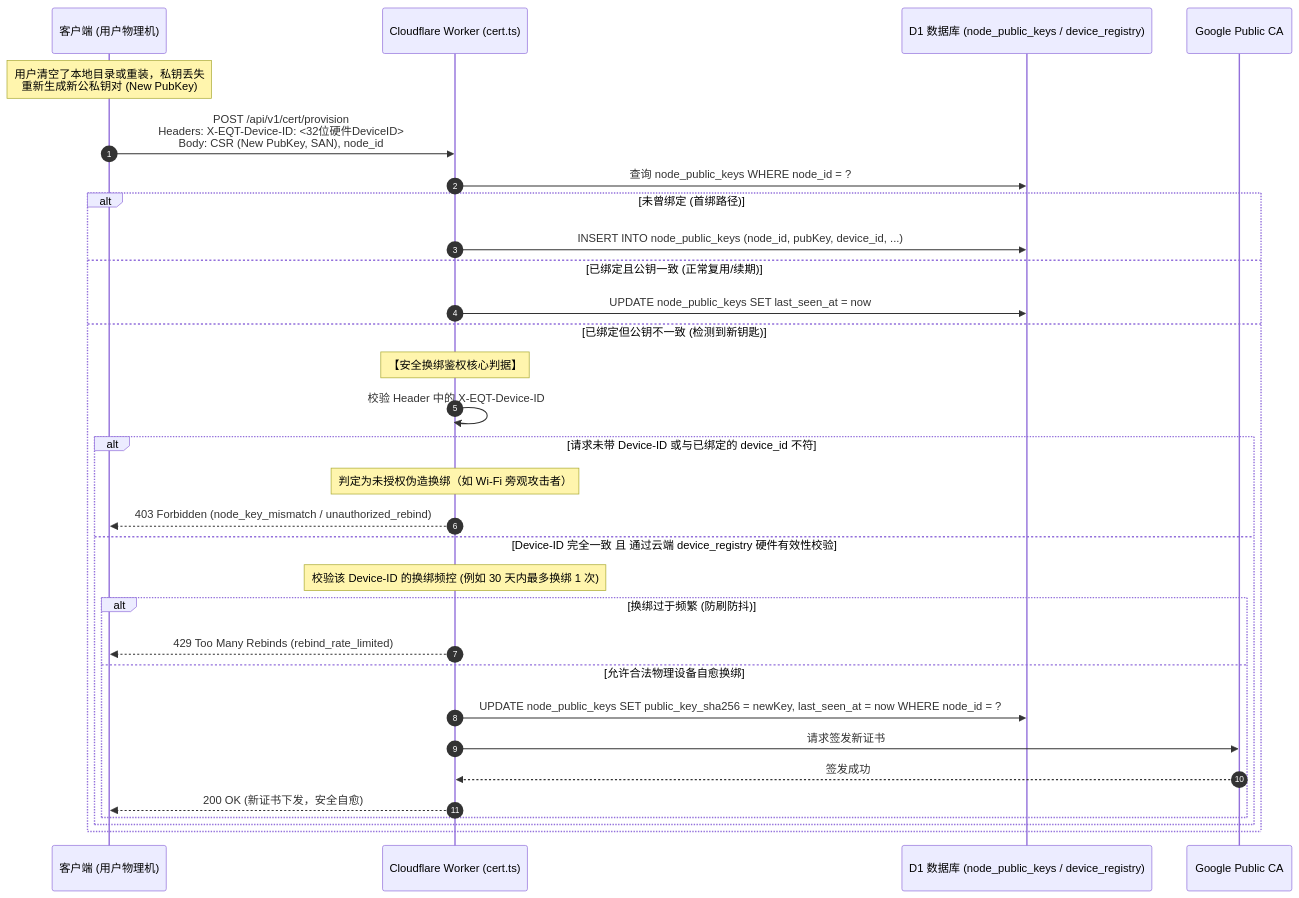
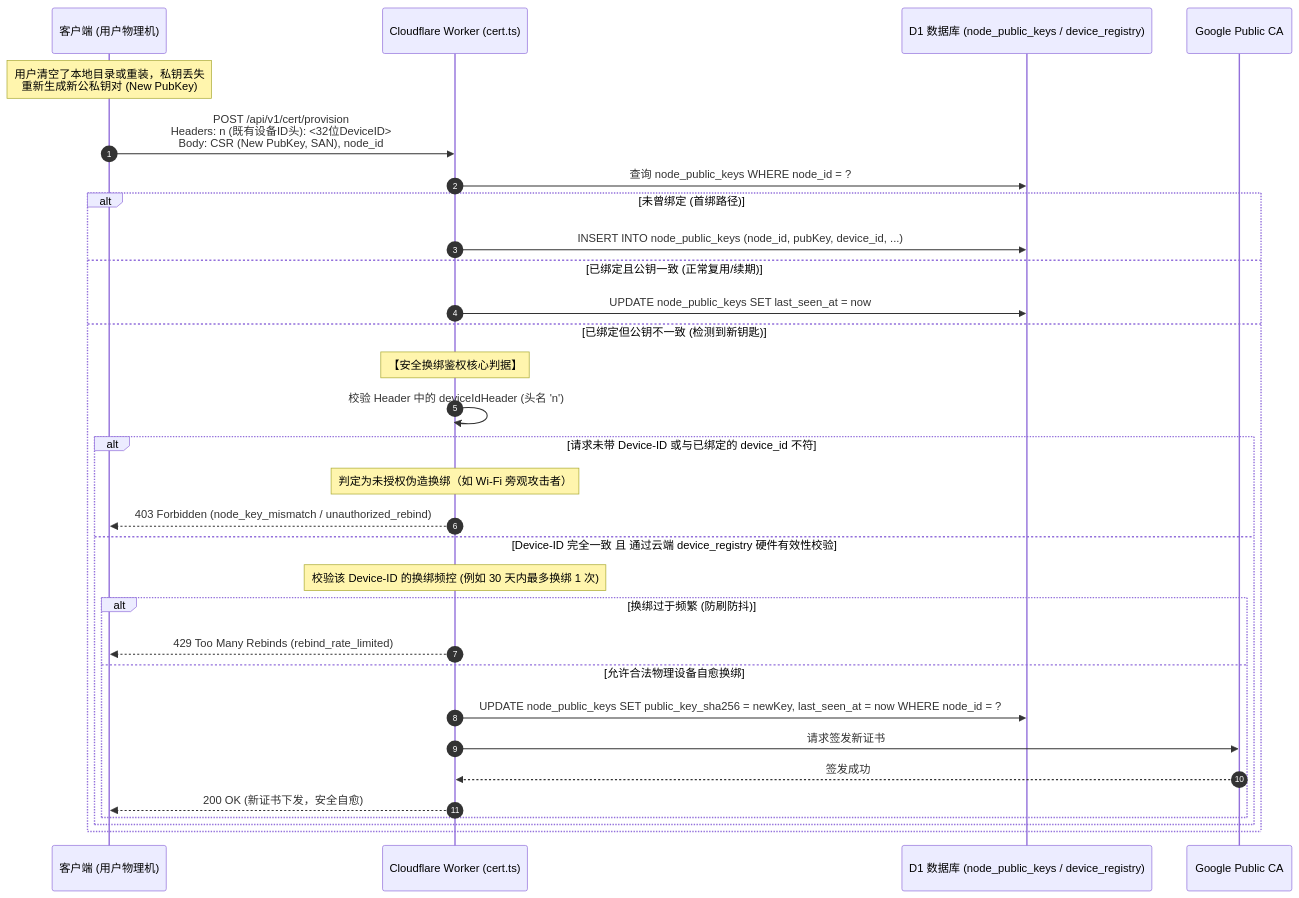
Before and after one commit to forpersuit/eqrcp: the second of 3 diagrams in docs/bugs/2026-09-12-lan-tls-key-mismatch-and-device-identity-architecture-analysis.md, drawn with Mermaid. The commit also changed other lines of this file and 1 other file, not shown here.

````diff
--- a/docs/bugs/2026-09-12-lan-tls-key-mismatch-and-device-identity-architecture-analysis.md
+++ b/docs/bugs/2026-09-12-lan-tls-key-mismatch-and-device-identity-architecture-analysis.md
@@ -385,35 +386,35 @@
 ```mermaid
 sequenceDiagram
     autonumber
     participant Client as 客户端 (用户物理机)
     participant Worker as Cloudflare Worker (cert.ts)
     participant D1 as D1 数据库 (node_public_keys / device_registry)
     participant GTS as Google Public CA
 
     Note over Client: 用户清空了本地目录或重装，私钥丢失<br>重新生成新公私钥对 (New PubKey)
-    Client->>Worker: POST /api/v1/cert/provision<br>Headers: X-EQT-Device-ID: <32位硬件DeviceID><br>Body: CSR (New PubKey, SAN), node_id
+    Client->>Worker: POST /api/v1/cert/provision<br>Headers: n (既有设备ID头): <32位DeviceID><br>Body: CSR (New PubKey, SAN), node_id
     
     Worker->>D1: 查询 node_public_keys WHERE node_id = ?
     alt 未曾绑定 (首绑路径)
         Worker->>D1: INSERT INTO node_public_keys (node_id, pubKey, device_id, ...)
     else 已绑定且公钥一致 (正常复用/续期)
         Worker->>D1: UPDATE node_public_keys SET last_seen_at = now
     else 已绑定但公钥不一致 (检测到新钥匙)
         Note over Worker: 【安全换绑鉴权核心判据】
-        Worker->>Worker: 校验 Header 中的 X-EQT-Device-ID
+        Worker->>Worker: 校验 Header 中的 deviceIdHeader (头名 'n')
         alt 请求未带 Device-ID 或与已绑定的 device_id 不符
             Note over Worker: 判定为未授权伪造换绑（如 Wi-Fi 旁观攻击者）
             Worker-->>Client: 403 Forbidden (node_key_mismatch / unauthorized_rebind)
         else Device-ID 完全一致 且 通过云端 device_registry 硬件有效性校验
             Note over Worker: 校验该 Device-ID 的换绑频控 (例如 30 天内最多换绑 1 次)
             alt 换绑过于频繁 (防刷防抖)
                 Worker-->>Client: 429 Too Many Rebinds (rebind_rate_limited)
             else 允许合法物理设备自愈换绑
                 Worker->>D1: UPDATE node_public_keys SET public_key_sha256 = newKey, last_seen_at = now WHERE node_id = ?
                 Worker->>GTS: 请求签发新证书
                 GTS-->>Worker: 签发成功
                 Worker-->>Client: 200 OK (新证书下发，安全自愈)
             end
         end
     end
 ```
````
